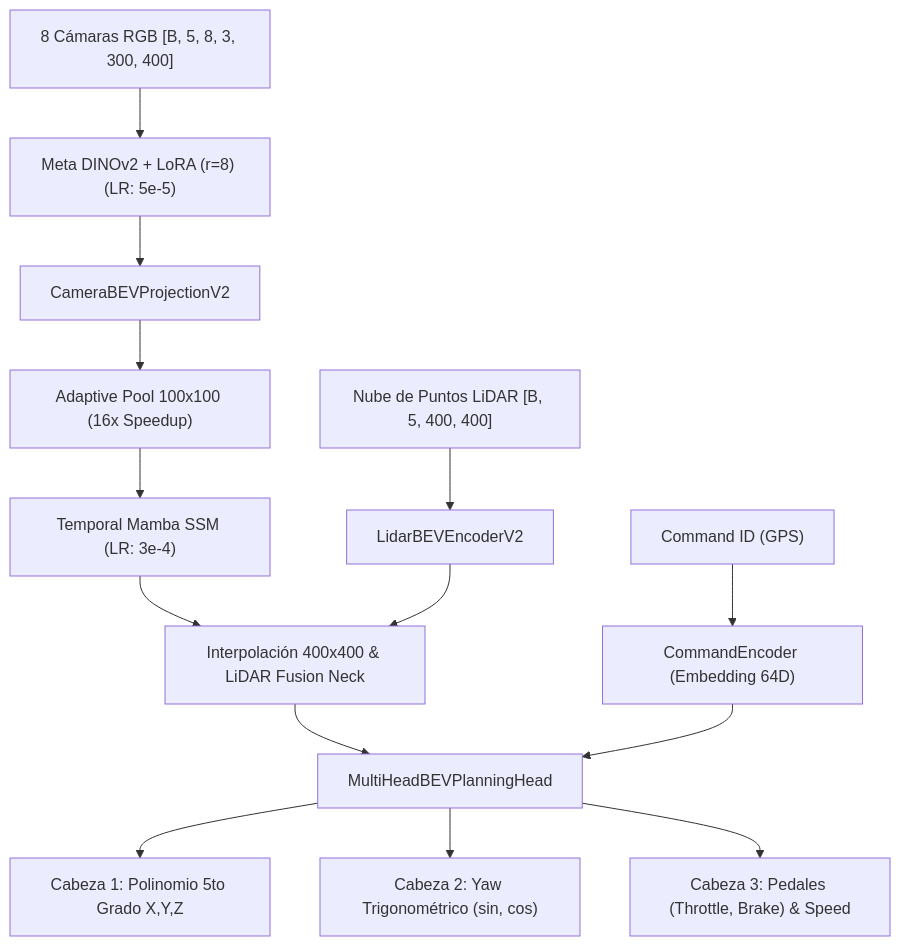
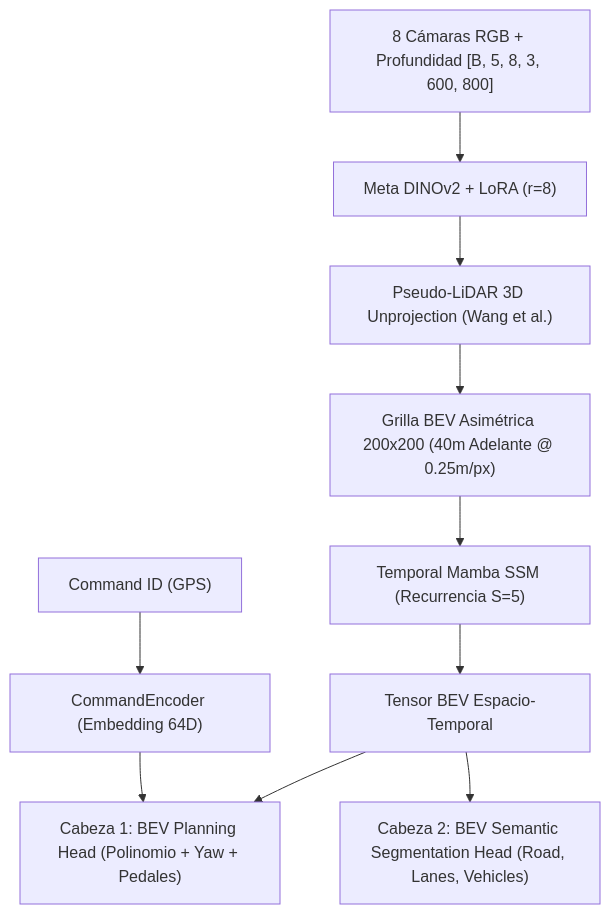
Before and after one commit to DiegoXAI-Shape/self-driving: the diagram in README.md, drawn with Mermaid. The commit also changed other lines of this file, not shown here.

Commit message:
docs(readme): update system architecture diagram and pipeline for Tesla HydraNet and Pseudo-LiDAR

````diff
--- a/README.md
+++ b/README.md
@@ -23,19 +23,15 @@
 ```mermaid
 graph TD
-    A["8 Cámaras RGB [B, 5, 8, 3, 300, 400]"] --> B["Meta DINOv2 + LoRA (r=8) (LR: 5e-5)"]
-    C["Nube de Puntos LiDAR [B, 5, 400, 400]"] --> D["LidarBEVEncoderV2"]
+    A["8 Cámaras RGB + Profundidad [B, 5, 8, 3, 600, 800]"] --> B["Meta DINOv2 + LoRA (r=8)"]
     E["Command ID (GPS)"] --> F["CommandEncoder (Embedding 64D)"]
     
-    B --> G["CameraBEVProjectionV2"]
-    G --> H["Adaptive Pool 100x100 (16x Speedup)"]
-    H --> I["Temporal Mamba SSM (LR: 3e-4)"]
-    I --> J["Interpolación 400x400 & LiDAR Fusion Neck"]
-    D --> J
+    B --> G["Pseudo-LiDAR 3D Unprojection (Wang et al.)"]
+    G --> H["Grilla BEV Asimétrica 200x200 (40m Adelante @ 0.25m/px)"]
+    H --> I["Temporal Mamba SSM (Recurrencia S=5)"]
     
-    J --> K["MultiHeadBEVPlanningHead"]
+    I --> J["Tensor BEV Espacio-Temporal"]
+    
+    J --> K["Cabeza 1: BEV Planning Head (Polinomio + Yaw + Pedales)"]
+    J --> L["Cabeza 2: BEV Semantic Segmentation Head (Road, Lanes, Vehicles)"]
     F --> K
-    
-    K --> L["Cabeza 1: Polinomio 5to Grado X,Y,Z"]
-    K --> M["Cabeza 2: Yaw Trigonométrico (sin, cos)"]
-    K --> N["Cabeza 3: Pedales (Throttle, Brake) & Speed"]
 ```
````
